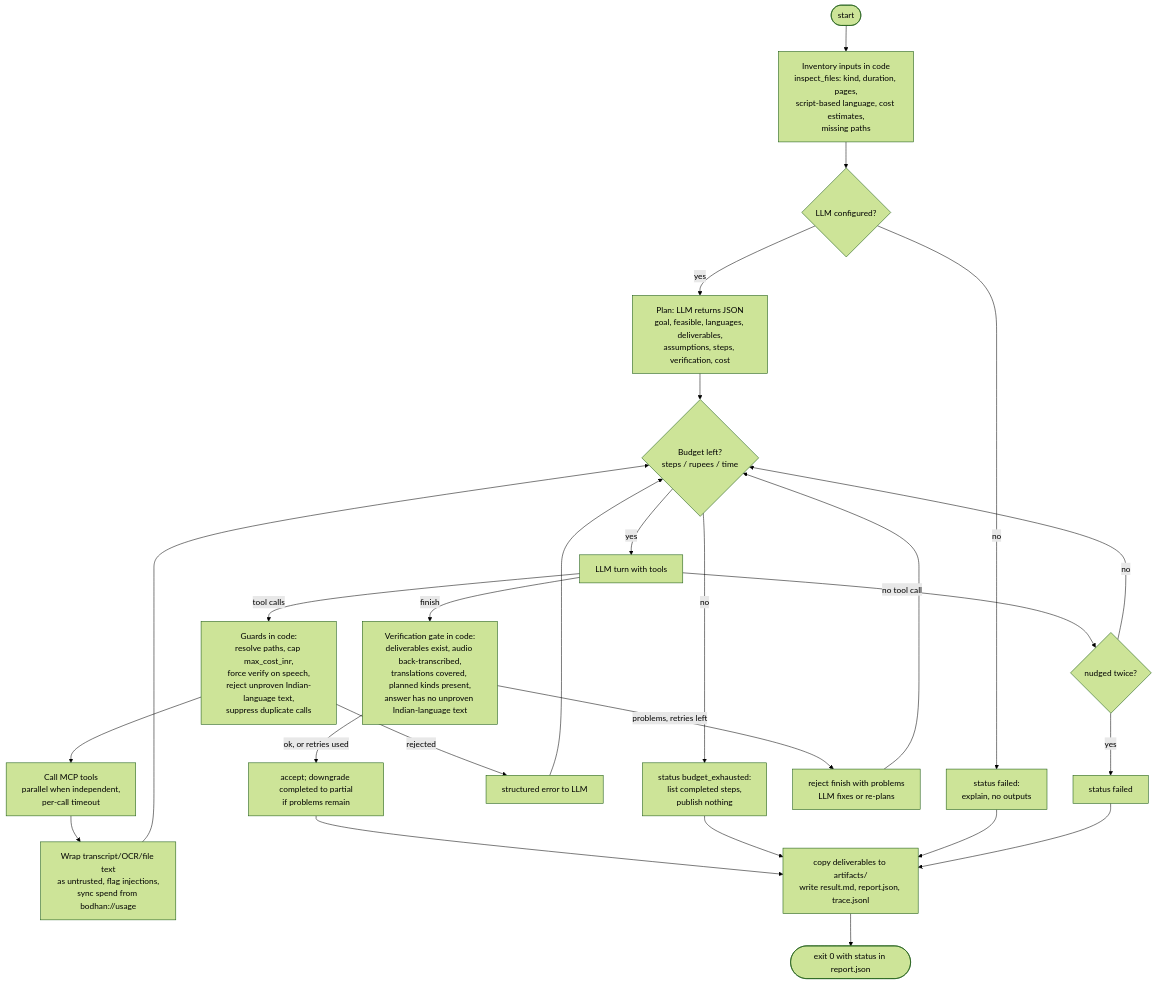
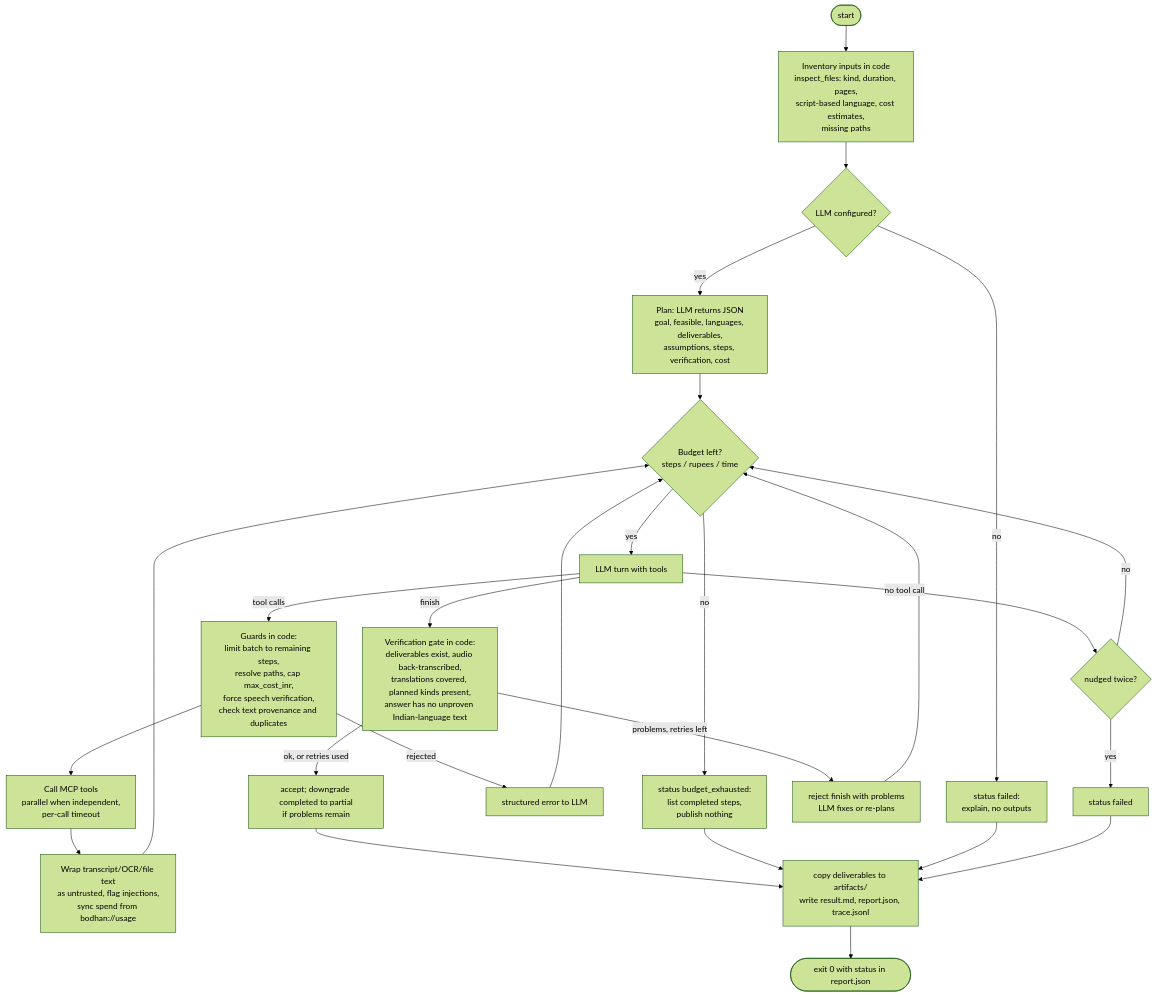
One commit to Bodhan-AI/Bodhan-AI-Cookbook changed the diagram in examples/bodhan_tool_agent/docs/agent_flow.md. Above: the diagram before and after it, drawn with Mermaid (forest theme). The commit also changed 7 other files, not shown here.

````diff
--- a/examples/bodhan_tool_agent/docs/agent_flow.md
+++ b/examples/bodhan_tool_agent/docs/agent_flow.md
@@ -3,26 +3,26 @@
 ```mermaid
 flowchart TD
     S([start]) --> I[Inventory inputs in code<br/>inspect_files: kind, duration, pages,<br/>script-based language, cost estimates,<br/>missing paths]
     I --> C{LLM configured?}
     C -- no --> F1[status failed:<br/>explain, no outputs]
     C -- yes --> P[Plan: LLM returns JSON<br/>goal, feasible, languages, deliverables,<br/>assumptions, steps, verification, cost]
     P --> B{Budget left?<br/>steps / rupees / time}
     B -- no --> X[status budget_exhausted:<br/>list completed steps,<br/>publish nothing]
     B -- yes --> L[LLM turn with tools]
     L -- no tool call --> N{nudged twice?}
     N -- no --> B
     N -- yes --> F2[status failed]
-    L -- tool calls --> G[Guards in code:<br/>resolve paths, cap max_cost_inr,<br/>force verify on speech,<br/>reject unproven Indian-language text,<br/>suppress duplicate calls]
+    L -- tool calls --> G[Guards in code:<br/>limit batch to remaining steps,<br/>resolve paths, cap max_cost_inr,<br/>force speech verification,<br/>check text provenance and duplicates]
     G -- rejected --> E[structured error to LLM] --> B
     G --> T[Call MCP tools<br/>parallel when independent,<br/>per-call timeout]
     T --> W[Wrap transcript/OCR/file text<br/>as untrusted, flag injections,<br/>sync spend from bodhan://usage]
     W --> B
     L -- finish --> V[Verification gate in code:<br/>deliverables exist, audio back-transcribed,<br/>translations covered, planned kinds present,<br/>answer has no unproven Indian-language text]
     V -- problems, retries left --> R[reject finish with problems<br/>LLM fixes or re-plans] --> B
     V -- ok, or retries used --> D[accept; downgrade completed to partial<br/>if problems remain]
     D --> O[copy deliverables to artifacts/<br/>write result.md, report.json, trace.jsonl]
     X --> O
     F1 --> O
     F2 --> O
     O --> Z([exit 0 with status in report.json])
 ```
````
